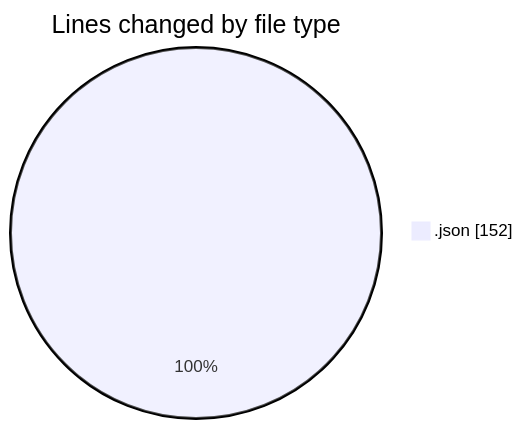
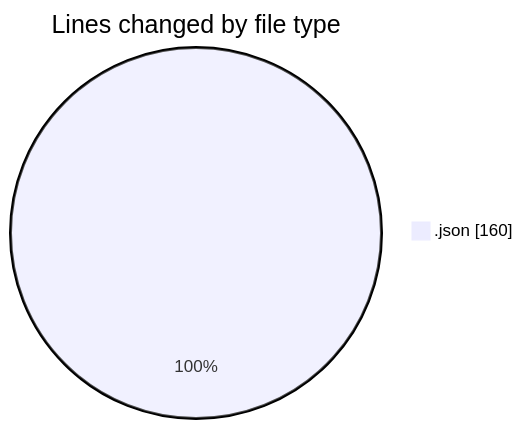
One commit to EIIisD/code-tracking changed the first of 2 diagrams in 2025-07-29/refunds/README.md. Above: the diagram before and after it, drawn with Mermaid. The commit also changed other lines of this file and 1 other file, not shown here.

````diff
--- a/2025-07-29/refunds/README.md
+++ b/2025-07-29/refunds/README.md
@@ -20,5 +20,5 @@
 ```mermaid
 pie showData
 title Lines changed by file type
-".json" : 152
+".json" : 160
 ```
````
